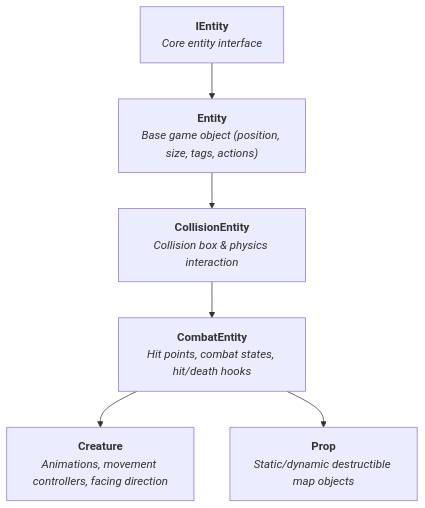
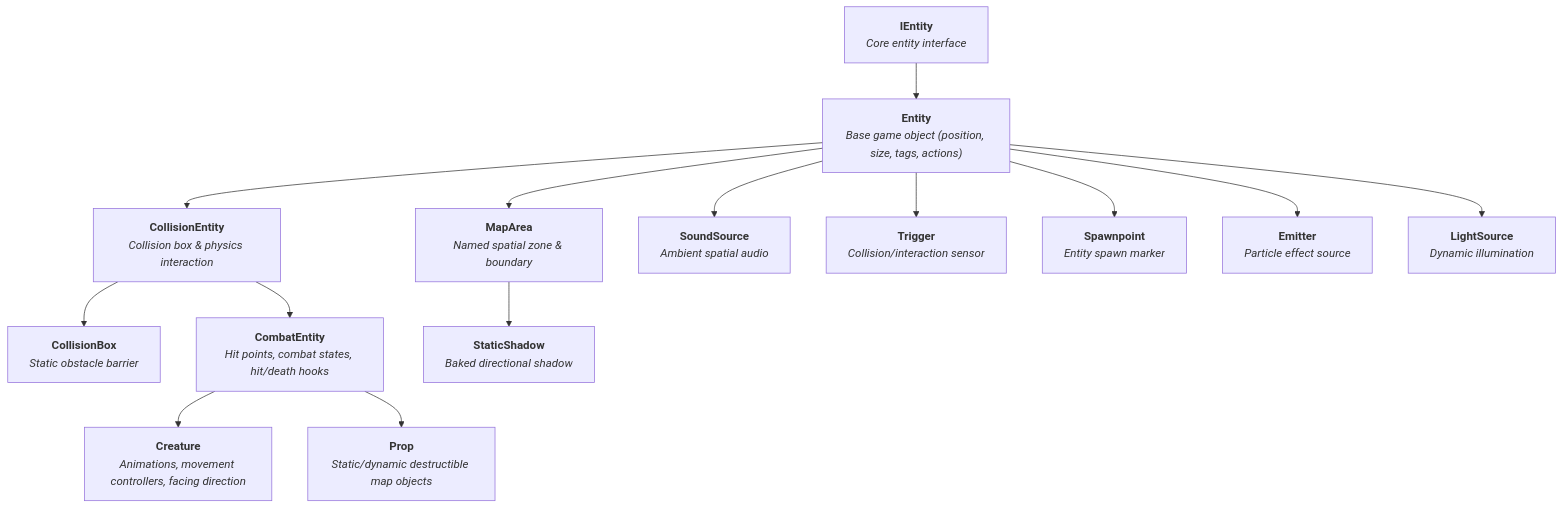
Before and after one commit to gurkenlabs/litiengine-docs: the diagram in docs/entity-framework/default-entity-types.md, drawn with Mermaid. The commit also changed other lines of this file and 15 other files, not shown here.

Commit message:
docs(entities): add utiliti vector icons and unify default entity types with map objects

````diff
--- a/docs/entity-framework/default-entity-types.md
+++ b/docs/entity-framework/default-entity-types.md
@@ -32,15 +35,31 @@
 ```mermaid
 graph TD
     IE["<b>IEntity</b><br/><i>Core entity interface</i>"]
     E["<b>Entity</b><br/><i>Base game object (position, size, tags, actions)</i>"]
     CE["<b>CollisionEntity</b><br/><i>Collision box & physics interaction</i>"]
+    CB["<b>CollisionBox</b><br/><i>Static obstacle barrier</i>"]
     CBE["<b>CombatEntity</b><br/><i>Hit points, combat states, hit/death hooks</i>"]
     CR["<b>Creature</b><br/><i>Animations, movement controllers, facing direction</i>"]
     PR["<b>Prop</b><br/><i>Static/dynamic destructible map objects</i>"]
+    MA["<b>MapArea</b><br/><i>Named spatial zone & boundary</i>"]
+    SSH["<b>StaticShadow</b><br/><i>Baked directional shadow</i>"]
+    SS["<b>SoundSource</b><br/><i>Ambient spatial audio</i>"]
+    TR["<b>Trigger</b><br/><i>Collision/interaction sensor</i>"]
+    SP["<b>Spawnpoint</b><br/><i>Entity spawn marker</i>"]
+    EM["<b>Emitter</b><br/><i>Particle effect source</i>"]
+    LS["<b>LightSource</b><br/><i>Dynamic illumination</i>"]
 
     IE --> E
     E --> CE
+    E --> MA
+    E --> SS
+    E --> TR
+    E --> SP
+    E --> EM
+    E --> LS
+    MA --> SSH
+    CE --> CB
     CE --> CBE
     CBE --> CR
     CBE --> PR
 ```
````
